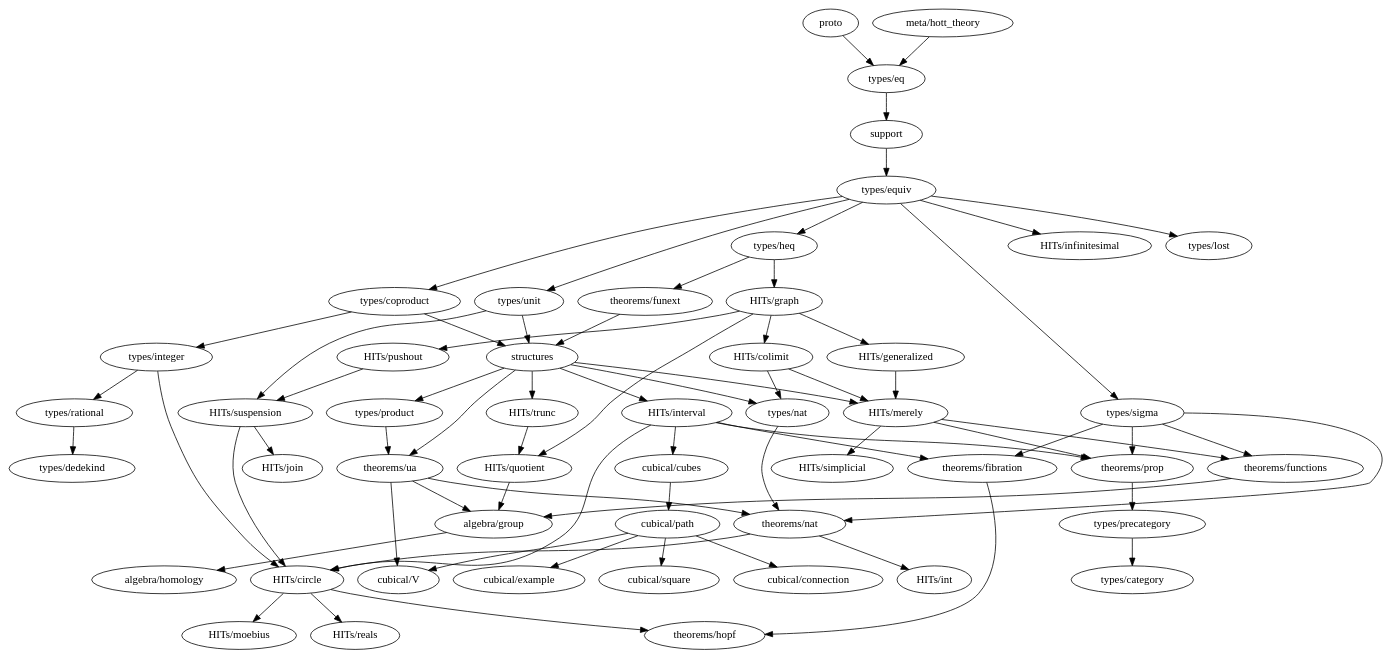
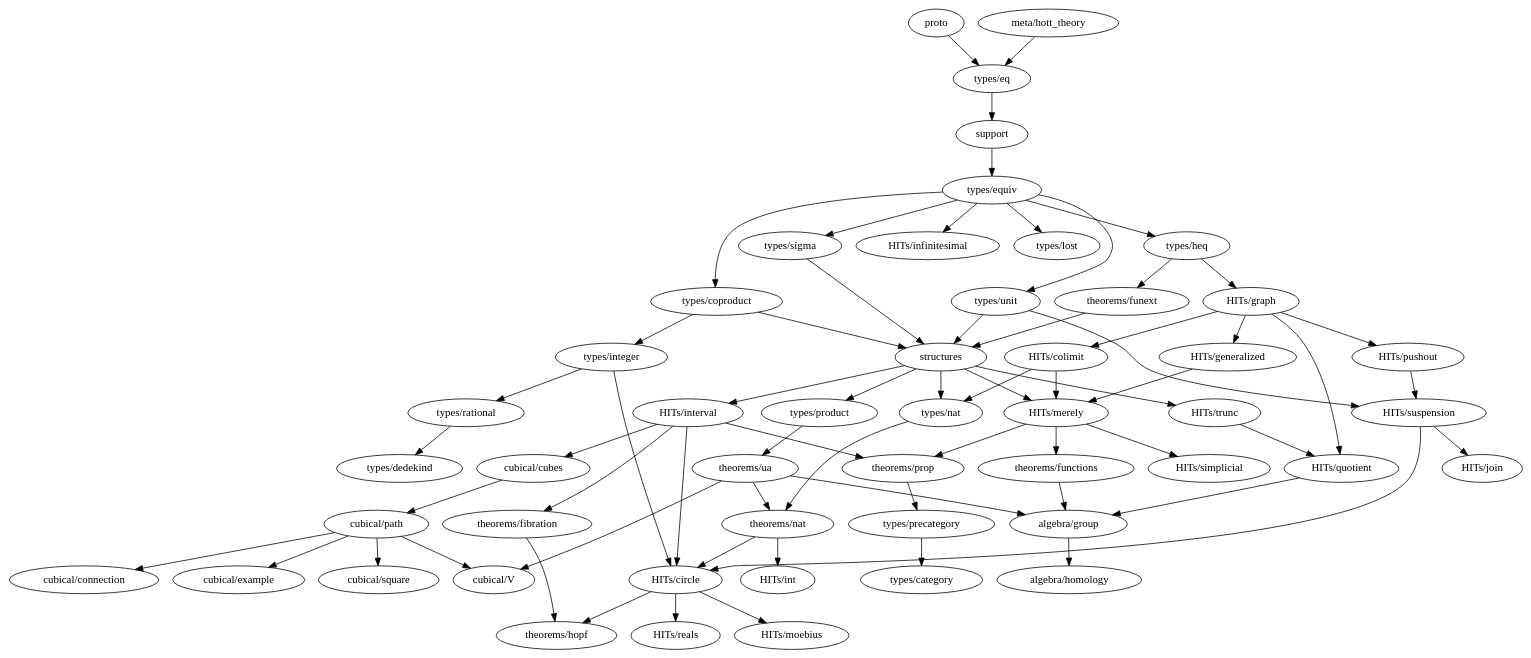
Before and after one commit to forked-from-1kasper/ground_zero: the diagram in dependency_map.gv, drawn with Graphviz. The commit also changed 10 other files, not shown here.

```diff
--- a/dependency_map.gv
+++ b/dependency_map.gv
@@ -1,108 +1,104 @@
 digraph dependency_map {
   proto -> "types/eq"
   "meta/hott_theory" -> "types/eq"
   support -> "types/equiv"
   structures -> {
-    "theorems/ua",
     "HITs/interval",
     "HITs/merely",
     "HITs/trunc",
     "types/product",
     "types/nat"
   }
 
   subgraph algebra {
     "algebra/group" -> { "algebra/homology" }
     "algebra/homology"
   }
 
   subgraph types {
     "types/category"
     "types/coproduct" -> { "types/integer", structures }
     "types/dedekind"
     "types/eq" -> { support }
     "types/equiv" -> {
       "types/heq",
       "HITs/infinitesimal",
       "types/coproduct",
       "types/lost",
       "types/unit",
       "types/sigma"
     }
     "types/heq" -> {
       "HITs/graph", "theorems/funext"
     }
     "types/integer" -> {
       "HITs/circle",
       "types/rational"
     }
     "types/lost"
     "types/nat" -> { "theorems/nat" }
     "types/precategory" -> { "types/category" }
     "types/product" -> { "theorems/ua" }
     "types/rational" -> { "types/dedekind" }
-    "types/sigma" -> {
-      "theorems/fibration", "theorems/prop",
-      "theorems/nat", "theorems/functions"
-    }
+    "types/sigma" -> { structures }
     "types/unit" -> { structures, "HITs/suspension" }
   }
 
   subgraph HITs {
     "HITs/circle" -> { "theorems/hopf", "HITs/moebius", "HITs/reals" }
     "HITs/colimit" -> { "HITs/merely", "types/nat" }
     "HITs/generalized" -> "HITs/merely"
     "HITs/graph" -> {
       "HITs/colimit",
       "HITs/generalized",
       "HITs/pushout",
       "HITs/quotient"
     }
     "HITs/infinitesimal"
     "HITs/interval" -> {
       "cubical/cubes"
       "HITs/circle",
       "theorems/prop",
       "theorems/fibration"
     }
     "HITs/join"
     "HITs/merely" -> {
       "theorems/prop",
       "HITs/simplicial",
       "theorems/functions"
     }
     "HITs/moebius"
     "HITs/pushout" -> {
       "HITs/suspension"
     }
     "HITs/quotient" -> { "algebra/group" }
     "HITs/reals"
     "HITs/simplicial"
     "HITs/suspension" -> { "HITs/circle", "HITs/join" }
     "HITs/trunc" -> { "HITs/quotient" }
   }
 
   subgraph cubical {
     "cubical/connection"
     "cubical/cubes" -> "cubical/path"
     "cubical/example"
     "cubical/path" -> {
       "cubical/square",
       "cubical/example",
       "cubical/V",
       "cubical/connection"
     }
     "cubical/square"
     "cubical/V"
   }
 
   subgraph theorems {
     "theorems/fibration" -> { "theorems/hopf" }
     "theorems/functions" -> { "algebra/group" }
     "theorems/funext" -> { structures }
     "theorems/hopf"
     "theorems/nat" -> { "HITs/circle", "HITs/int" }
     "theorems/prop" -> { "types/precategory" }
     "theorems/ua" -> { "algebra/group", "theorems/nat", "cubical/V" }
   }
 }
```
